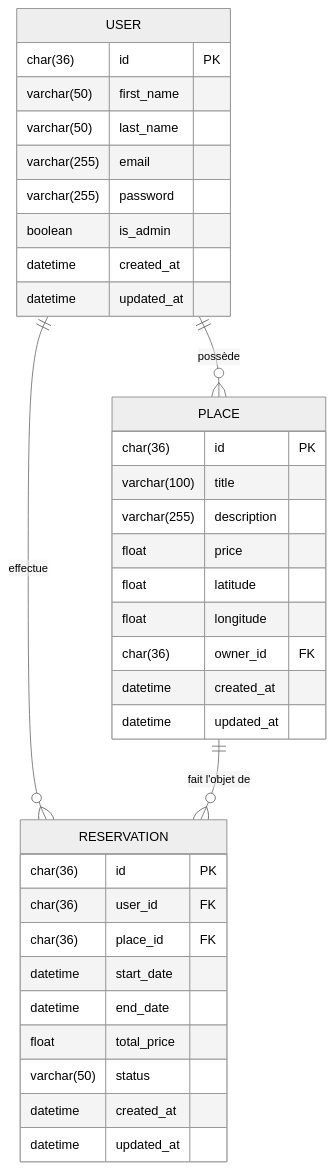
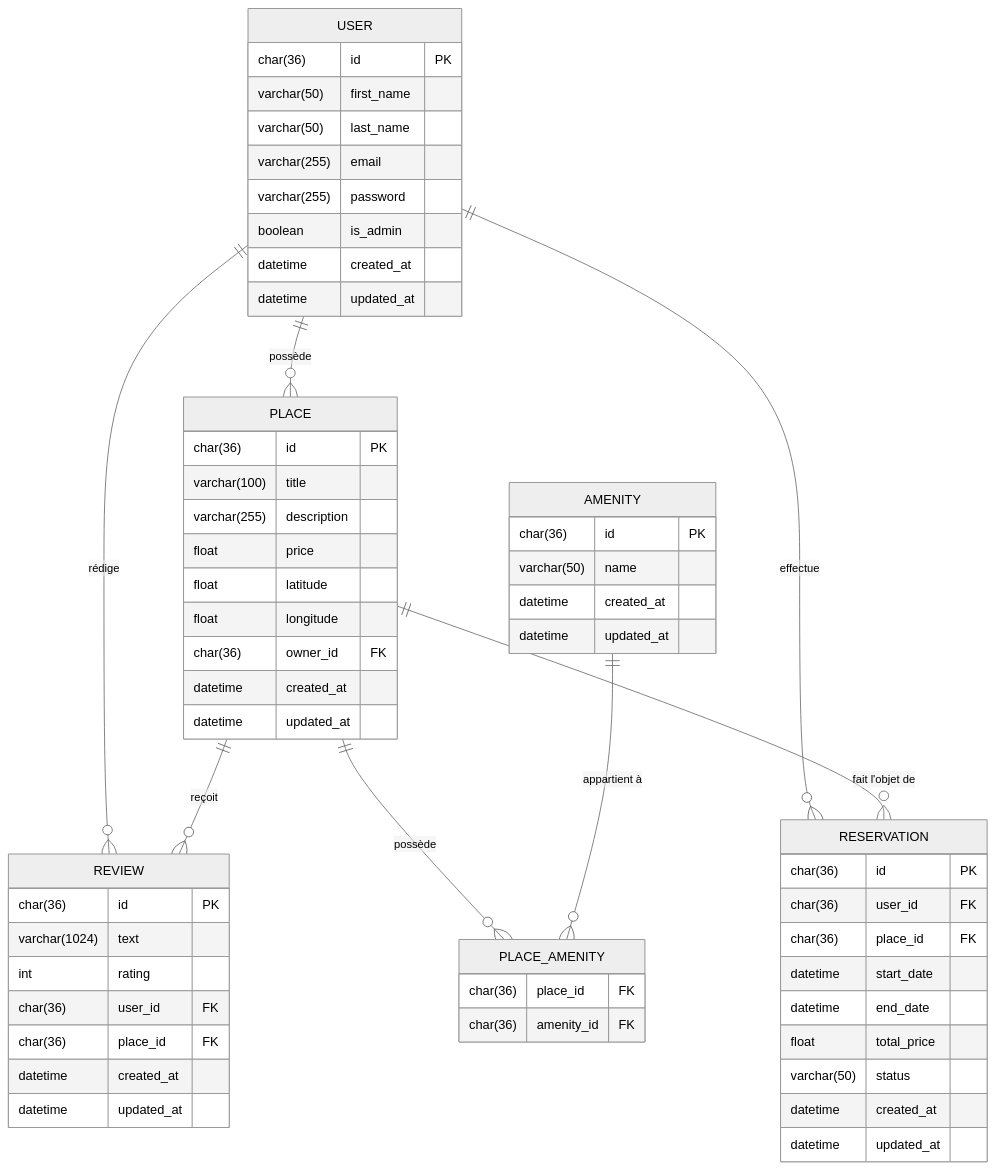
One commit to loties1533/holbertonschool-hbnb changed the second of 2 diagrams in part3/hbnb/README.md. Above: the diagram before and after it, drawn with Mermaid (neutral theme). The commit also changed other lines of this file, not shown here.

Commit message:
modif : ajout du 2em diagram

````diff
--- a/part3/hbnb/README.md
+++ b/part3/hbnb/README.md
@@ -132,39 +136,62 @@
 ```mermaid
 erDiagram
     USER {
         char(36) id PK
         varchar(50) first_name
         varchar(50) last_name
         varchar(255) email
         varchar(255) password
         boolean is_admin
         datetime created_at
         datetime updated_at
     }
     PLACE {
         char(36) id PK
         varchar(100) title
         varchar(255) description
         float price
         float latitude
         float longitude
         char(36) owner_id FK
         datetime created_at
         datetime updated_at
     }
+    REVIEW {
+        char(36) id PK
+        varchar(1024) text
+        int rating
+        char(36) user_id FK
+        char(36) place_id FK
+        datetime created_at
+        datetime updated_at
+    }
+    AMENITY {
+        char(36) id PK
+        varchar(50) name
+        datetime created_at
+        datetime updated_at
+    }
+    PLACE_AMENITY {
+        char(36) place_id FK
+        char(36) amenity_id FK
+    }
     RESERVATION {
         char(36) id PK
         char(36) user_id FK
         char(36) place_id FK
         datetime start_date
         datetime end_date
         float total_price
         varchar(50) status
         datetime created_at
         datetime updated_at
     }
 
     USER ||--o{ PLACE : "possède"
+    USER ||--o{ REVIEW : "rédige"
+    PLACE ||--o{ REVIEW : "reçoit"
+    PLACE ||--o{ PLACE_AMENITY : "possède"
+    AMENITY ||--o{ PLACE_AMENITY : "appartient à"
     USER ||--o{ RESERVATION : "effectue"
     PLACE ||--o{ RESERVATION : "fait l'objet de"
 ```
````
